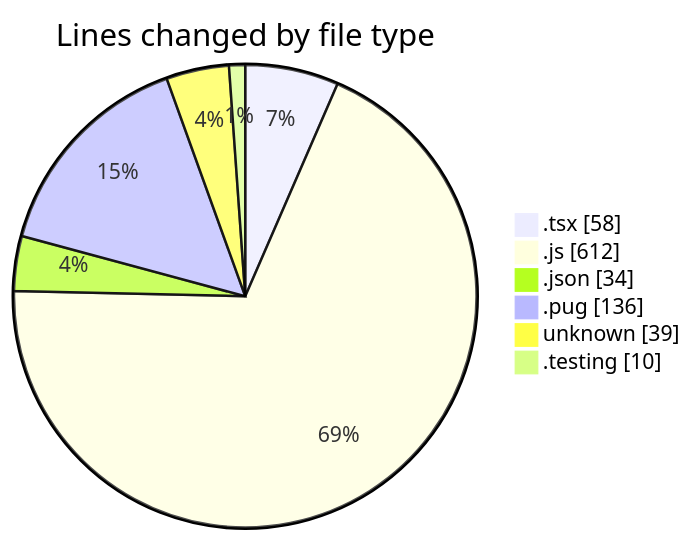
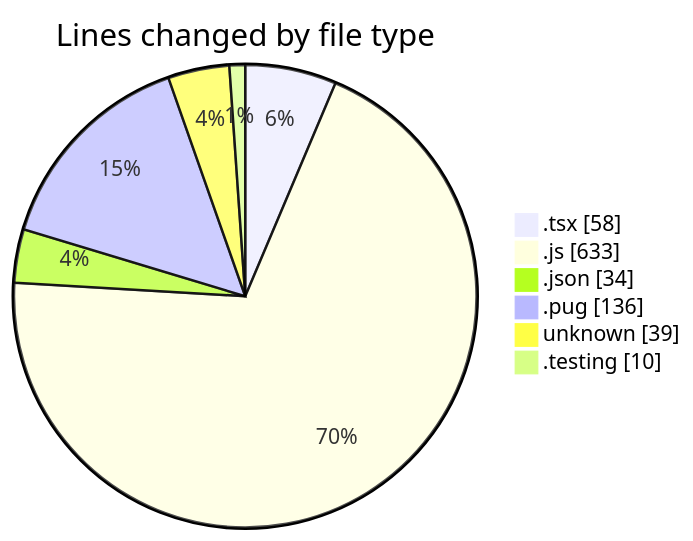
One commit to momahboobian/code-tracking changed the first of 2 diagrams in 2025-03-07/cda/README.md. Above: the diagram before and after it, drawn with Mermaid. The commit also changed other lines of this file and 1 other file, not shown here.

````diff
--- a/2025-03-07/cda/README.md
+++ b/2025-03-07/cda/README.md
@@ -26,10 +27,10 @@
 ```mermaid
 pie showData
 title Lines changed by file type
 ".tsx" : 58
-".js" : 612
+".js" : 633
 ".json" : 34
 ".pug" : 136
 "unknown" : 39
 ".testing" : 10
 ```
````
